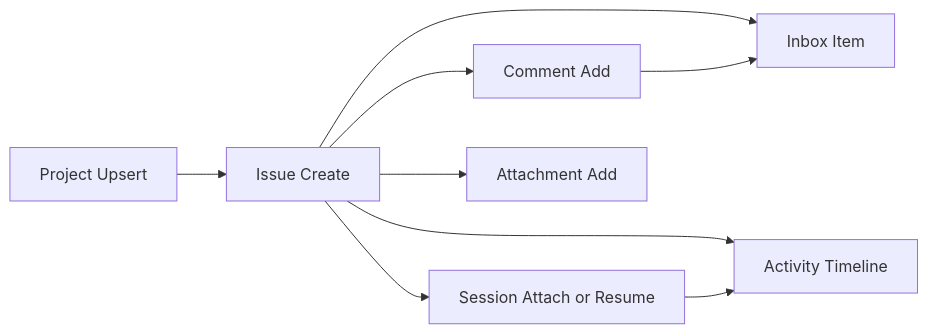
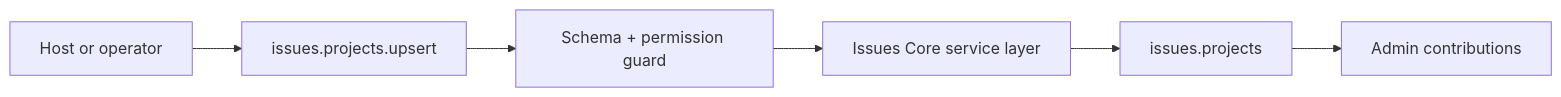
Before and after one commit to gutula/gutu-plugin-issues-core: the diagram in DEVELOPER.md, drawn with Mermaid. The commit also changed other lines of this file and 12 other files, not shown here.

````diff
--- a/DEVELOPER.md
+++ b/DEVELOPER.md
@@ -80,11 +129,8 @@
 ```mermaid
 flowchart LR
-  Project["Project Upsert"] --> Issue["Issue Create"]
-  Issue --> Inbox["Inbox Item"]
-  Issue --> Activity["Activity Timeline"]
-  Issue --> Session["Session Attach or Resume"]
-  Session --> Activity
-  Issue --> Comment["Comment Add"]
-  Comment --> Inbox
-  Issue --> Attachment["Attachment Add"]
+  caller["Host or operator"] --> action["issues.projects.upsert"]
+  action --> validation["Schema + permission guard"]
+  validation --> service["Issues Core service layer"]
+  service --> state["issues.projects"]
+  state --> ui["Admin contributions"]
 ```
````
